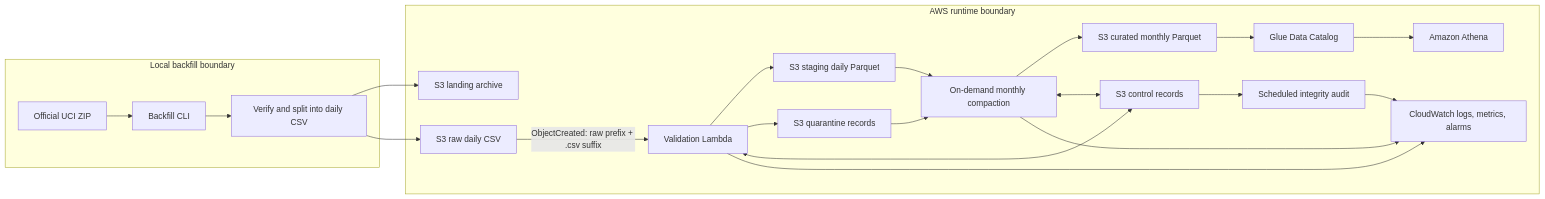
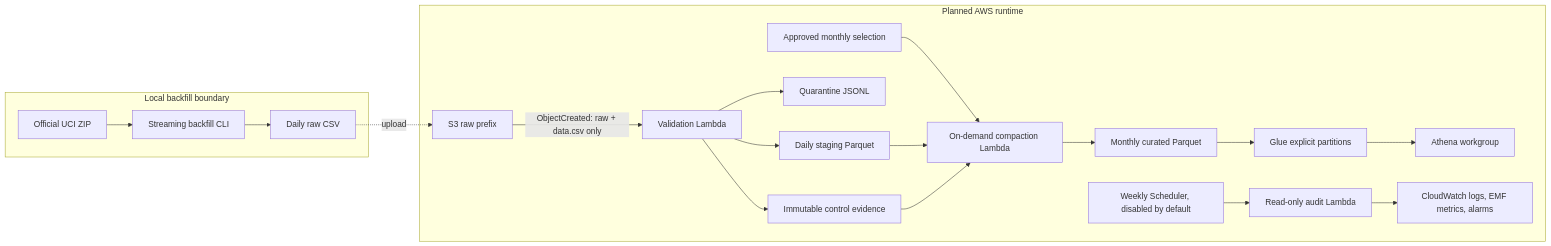
One commit to jingboli8/metropulse-aws-data-pipeline changed the diagram in README.md. Above: the diagram before and after it, drawn with Mermaid. The commit also changed other lines of this file and 14 other files, not shown here.

````diff
--- a/README.md
+++ b/README.md
@@ -17,37 +24,23 @@
 ```mermaid
 flowchart LR
     subgraph Local[Local backfill boundary]
-        UCI[Official UCI ZIP] --> CLI[Backfill CLI]
-        CLI --> Split[Verify and split into daily CSV]
+        ZIP[Official UCI ZIP] --> CLI[Streaming backfill CLI]
+        CLI --> DR[Daily raw CSV]
     end
 
-    subgraph AWS[AWS runtime boundary]
-        Landing[S3 landing archive]
-        Raw[S3 raw daily CSV]
-        Validate[Validation Lambda]
-        Staging[S3 staging daily Parquet]
-        Quarantine[S3 quarantine records]
-        Compact[On-demand monthly compaction]
-        Audit[Scheduled integrity audit]
-        Curated[S3 curated monthly Parquet]
-        Catalog[Glue Data Catalog]
-        Athena[Amazon Athena]
-        Control[S3 control records]
-        Observe[CloudWatch logs, metrics, alarms]
+    subgraph Runtime[Planned AWS runtime]
+        DR -. upload .-> RAW[S3 raw prefix]
+        RAW -->|ObjectCreated: raw + data.csv only| VALIDATE[Validation Lambda]
+        VALIDATE --> STAGE[Daily staging Parquet]
+        VALIDATE --> QUAR[Quarantine JSONL]
+        VALIDATE --> CONTROL[Immutable control evidence]
+        SELECT[Approved monthly selection] --> COMPACT[On-demand compaction Lambda]
+        STAGE --> COMPACT
+        CONTROL --> COMPACT
+        COMPACT --> CURATED[Monthly curated Parquet]
+        CURATED --> GLUE[Glue explicit partitions]
+        GLUE --> ATHENA[Athena workgroup]
+        SCHEDULE[Weekly Scheduler, disabled by default] --> AUDIT[Read-only audit Lambda]
+        AUDIT --> CW[CloudWatch logs, EMF metrics, alarms]
     end
-
-    Split --> Landing
-    Split --> Raw
-    Raw -->|ObjectCreated: raw prefix + .csv suffix| Validate
-    Validate --> Staging
-    Validate --> Quarantine
-    Validate <--> Control
-    Staging --> Compact
-    Quarantine --> Compact
-    Compact --> Curated
-    Compact <--> Control
-    Curated --> Catalog --> Athena
-    Validate --> Observe
-    Compact --> Observe
-    Control --> Audit --> Observe
 ```
````
